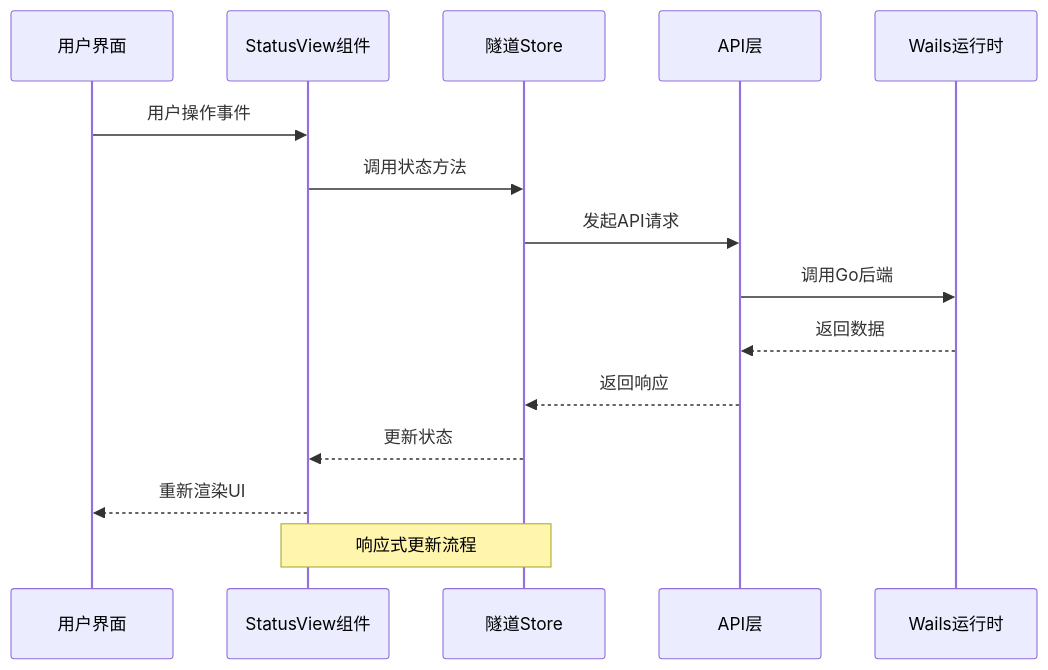
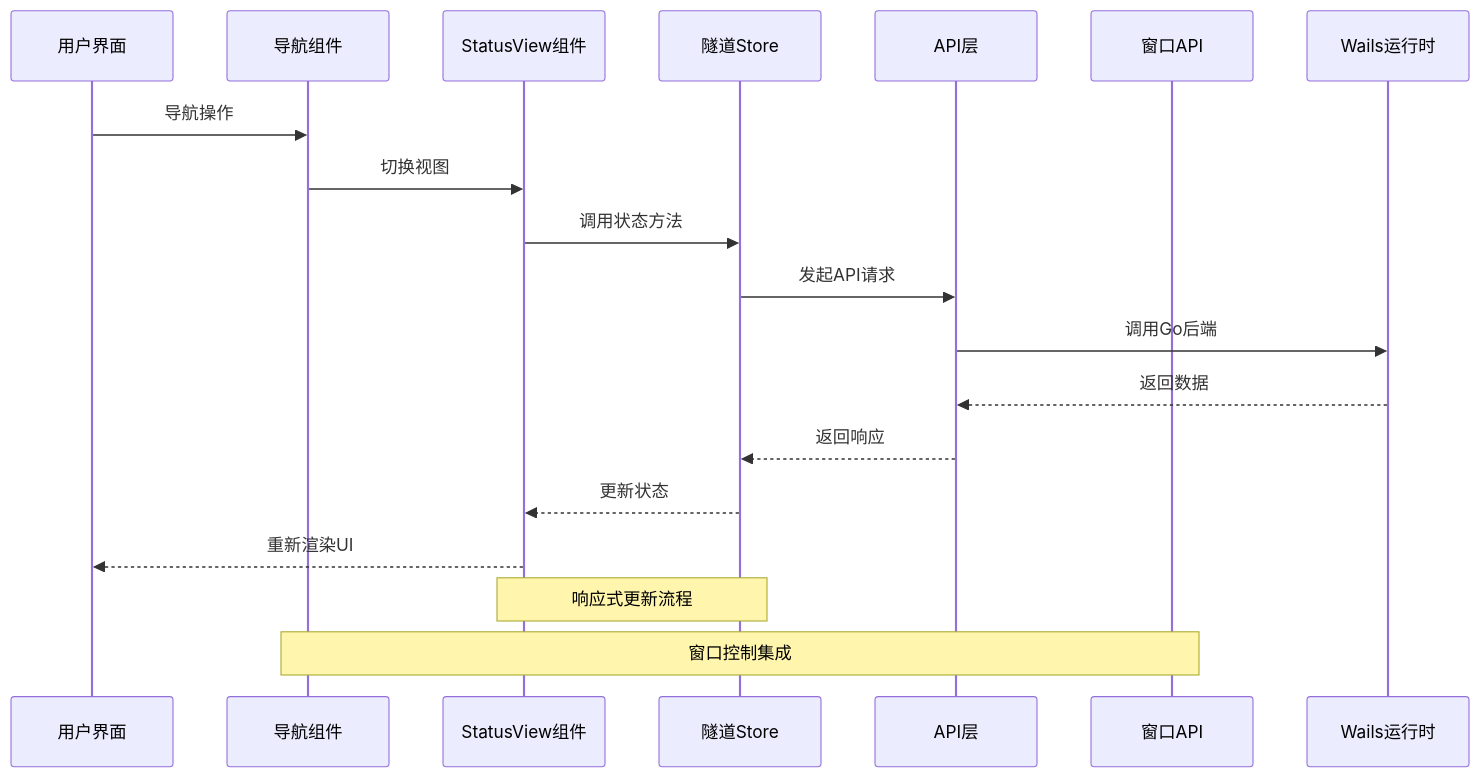
One commit to itsharex/NexTunnel changed the fourth of 24 diagrams in .qoder/repowiki/zh/content/架构设计/桌面端架构设计/前端架构设计/Vue组件系统架构.md. Above: the diagram before and after it, drawn with Mermaid. The commit also changed other lines of this file and 41 other files, not shown here.

````diff
--- a/.qoder/repowiki/zh/content/架构设计/桌面端架构设计/前端架构设计/Vue组件系统架构.md
+++ b/.qoder/repowiki/zh/content/架构设计/桌面端架构设计/前端架构设计/Vue组件系统架构.md
@@ -140,17 +162,21 @@
 ```mermaid
 sequenceDiagram
 participant U as 用户界面
+participant NAV as 导航组件
 participant SV as StatusView组件
 participant TS as 隧道Store
 participant API as API层
+participant WIN as 窗口API
 participant RT as Wails运行时
-U->>SV : 用户操作事件
+U->>NAV : 导航操作
+NAV->>SV : 切换视图
 SV->>TS : 调用状态方法
 TS->>API : 发起API请求
 API->>RT : 调用Go后端
 RT-->>API : 返回数据
 API-->>TS : 返回响应
 TS-->>SV : 更新状态
 SV-->>U : 重新渲染UI
 Note over SV,TS : 响应式更新流程
+Note over NAV,WIN : 窗口控制集成
 ```
````
